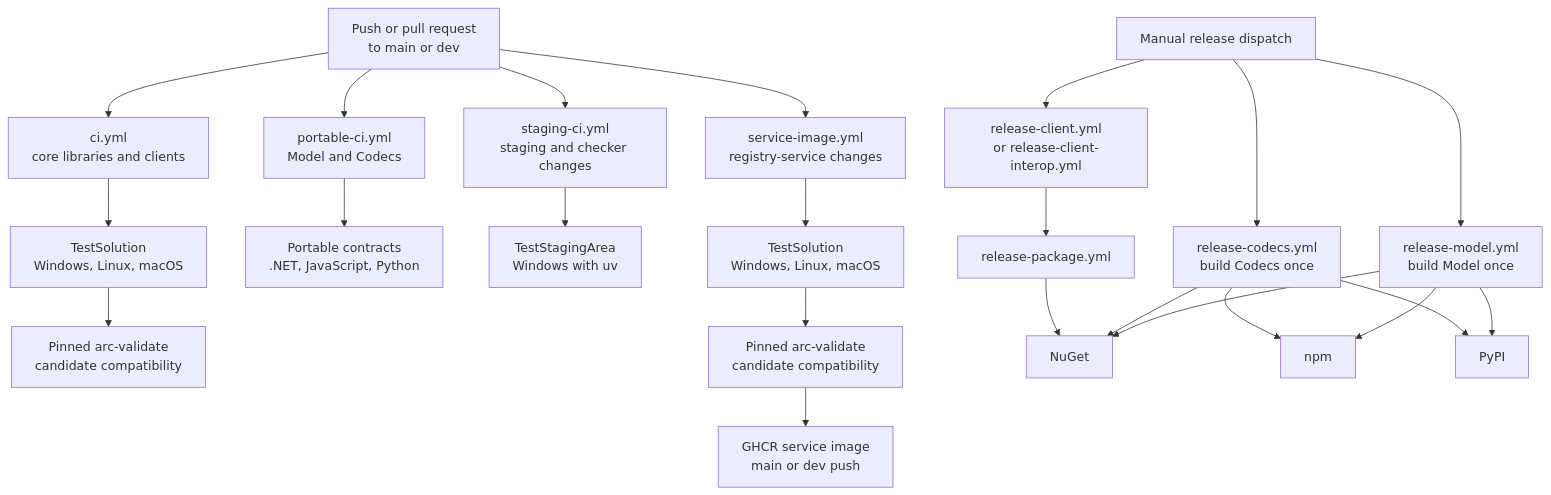
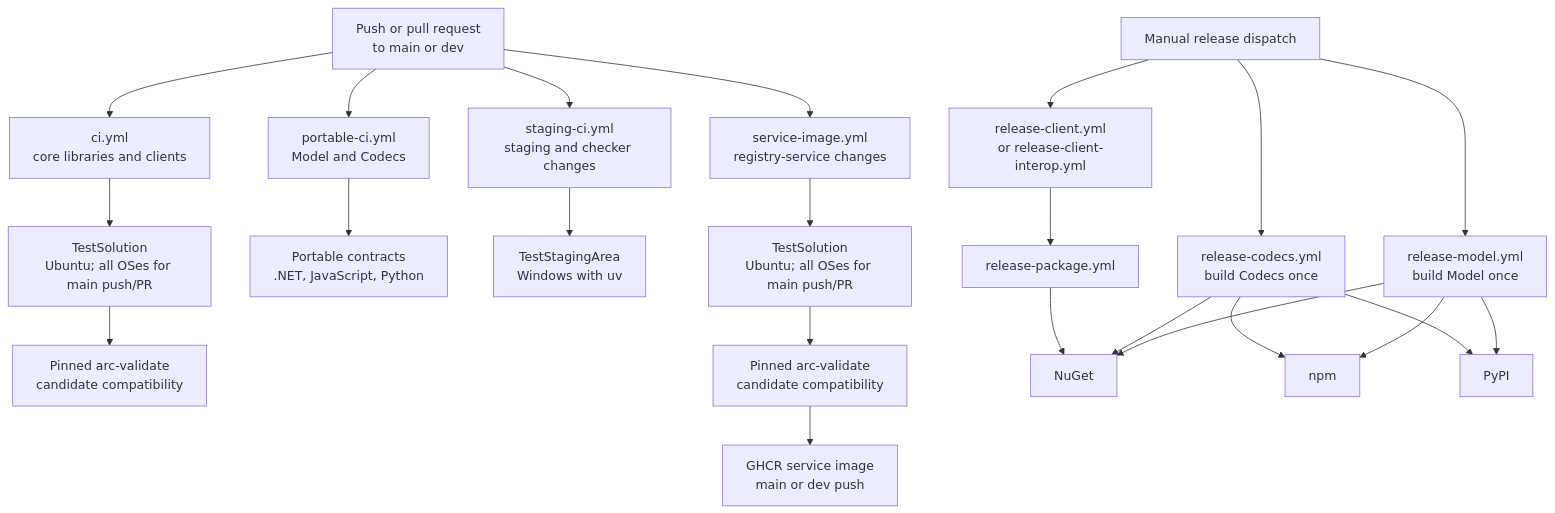
The diagram in README.md (Brilator/arc-validate-package-registry), drawn with Mermaid before and after one commit. The commit also changed 5 other files, not shown here.

````diff
--- a/README.md
+++ b/README.md
@@ -84,33 +84,33 @@
 ```mermaid
 flowchart TD
     Changes["Push or pull request<br/>to main or dev"]
     Manual["Manual release dispatch"]
 
     Changes --> CoreCI["ci.yml<br/>core libraries and clients"]
     Changes --> PortableCI["portable-ci.yml<br/>Model and Codecs"]
     Changes --> Staging["staging-ci.yml<br/>staging and checker changes"]
     Changes --> Service["service-image.yml<br/>registry-service changes"]
 
-    CoreCI --> Core["TestSolution<br/>Windows, Linux, macOS"]
+    CoreCI --> Core["TestSolution<br/>Ubuntu; all OSes for main push/PR"]
     Core --> Downstream["Pinned arc-validate<br/>candidate compatibility"]
     PortableCI --> Portable["Portable contracts<br/>.NET, JavaScript, Python"]
 
     Staging --> StagingTests["TestStagingArea<br/>Windows with uv"]
 
-    Service --> ServiceTests["TestSolution<br/>Windows, Linux, macOS"]
+    Service --> ServiceTests["TestSolution<br/>Ubuntu; all OSes for main push/PR"]
     ServiceTests --> ServiceDownstream["Pinned arc-validate<br/>candidate compatibility"]
     ServiceDownstream --> Image["GHCR service image<br/>main or dev push"]
 
     Manual --> ModelRelease["release-model.yml<br/>build Model once"]
     Manual --> CodecsRelease["release-codecs.yml<br/>build Codecs once"]
     Manual --> ClientRelease["release-client.yml<br/>or release-client-interop.yml"]
 
     ModelRelease --> NuGet["NuGet"]
     ModelRelease --> Npm["npm"]
     ModelRelease --> PyPI["PyPI"]
     CodecsRelease --> NuGet
     CodecsRelease --> Npm
     CodecsRelease --> PyPI
     ClientRelease --> NuGetPublisher["release-package.yml"]
     NuGetPublisher --> NuGet
 ```
````
